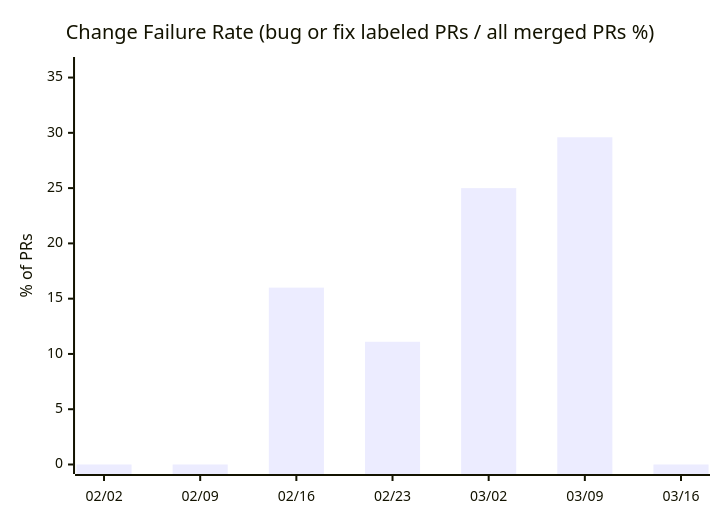
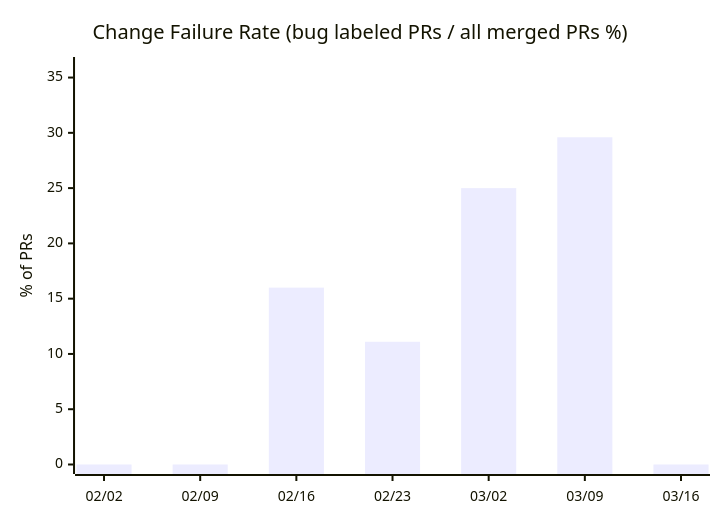
Before and after one commit to nablarch/nabledge-dev: the third of 14 diagrams in docs/metrics.md, drawn with Mermaid. The commit also changed other lines of this file, not shown here.

````diff
--- a/docs/metrics.md
+++ b/docs/metrics.md
@@ -41,7 +58,7 @@
 ```mermaid
 xychart-beta
-  title "Change Failure Rate (bug or fix labeled PRs / all merged PRs %)"
+  title "Change Failure Rate (bug labeled PRs / all merged PRs %)"
   x-axis ["02/02", "02/09", "02/16", "02/23", "03/02", "03/09", "03/16"]
   y-axis "% of PRs" 0 --> 36
   bar [0, 0, 16, 11.1, 25, 29.6, 0]
 ```
````
